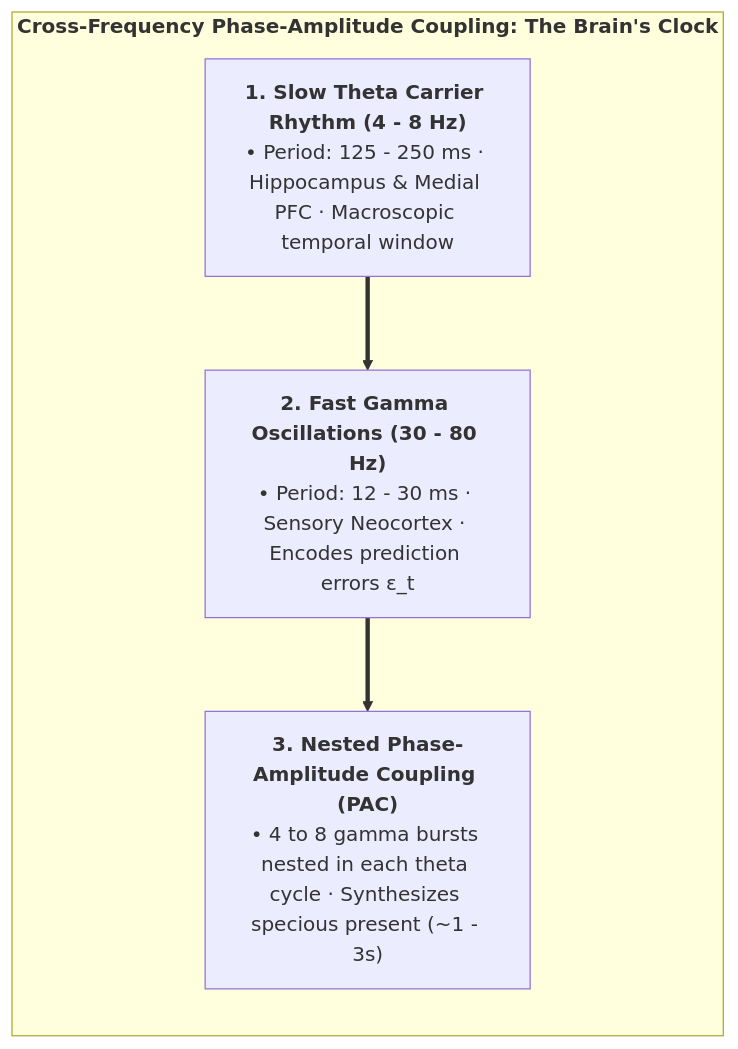
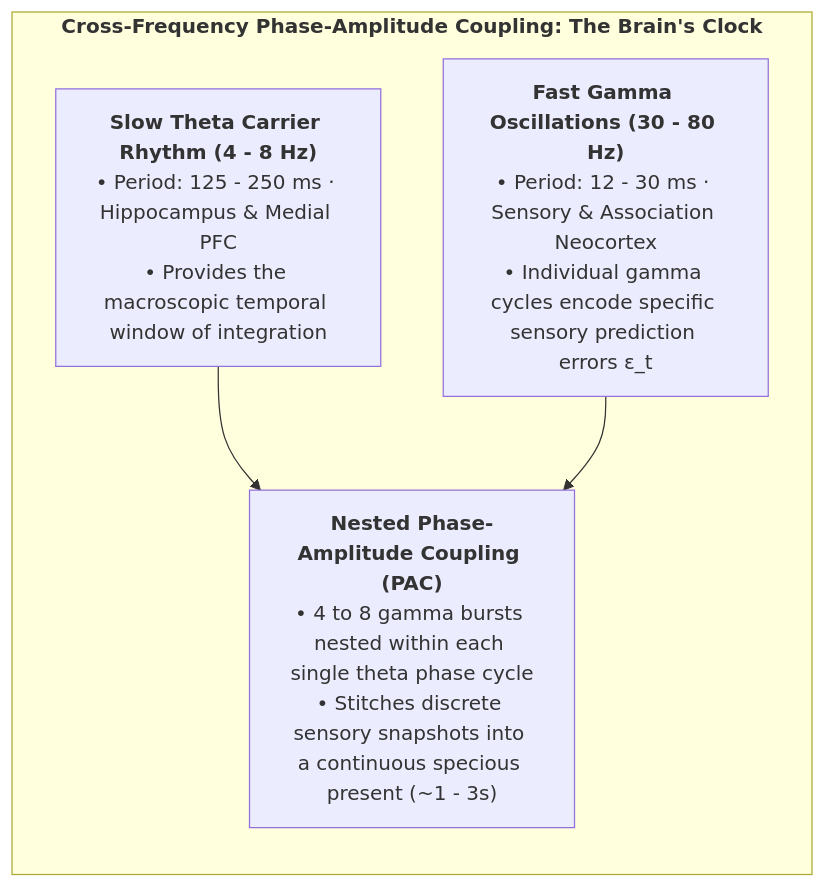
Diagram 34 of 50 in book/build/CIF_Monograph_EN.md (Thriebl/active-inference-phi-network), drawn with Mermaid before and after one commit. The commit also changed other lines of this file and 8 other files, not shown here.

````diff
--- a/book/build/CIF_Monograph_EN.md
+++ b/book/build/CIF_Monograph_EN.md
@@ -1511,14 +1494,15 @@
 ```mermaid
 flowchart TD
     subgraph NEURAL_PAC["<b>Cross-Frequency Phase-Amplitude Coupling: The Brain's Clock</b>"]
         direction TB
         
-        THETA["<b>1. Slow Theta Carrier Rhythm (4 - 8 Hz)</b><br>• Period: 125 - 250 ms · Hippocampus & Medial PFC · Macroscopic temporal window"]
+        THETA["<b>Slow Theta Carrier Rhythm (4 - 8 Hz)</b><br>• Period: 125 - 250 ms · Hippocampus & Medial PFC<br>• Provides the macroscopic temporal window of integration"]
         
-        GAMMA["<b>2. Fast Gamma Oscillations (30 - 80 Hz)</b><br>• Period: 12 - 30 ms · Sensory Neocortex · Encodes prediction errors ε_t"]
+        GAMMA["<b>Fast Gamma Oscillations (30 - 80 Hz)</b><br>• Period: 12 - 30 ms · Sensory & Association Neocortex<br>• Individual gamma cycles encode specific sensory prediction errors ε_t"]
         
-        NESTING["<b>3. Nested Phase-Amplitude Coupling (PAC)</b><br>• 4 to 8 gamma bursts nested in each theta cycle · Synthesizes specious present (~1 - 3s)"]
+        NESTING["<b>Nested Phase-Amplitude Coupling (PAC)</b><br>• 4 to 8 gamma bursts nested within each single theta phase cycle<br>• Stitches discrete sensory snapshots into a continuous specious present (~1 - 3s)"]
         
-        THETA ==> GAMMA ==> NESTING
+        THETA --> NESTING
+        GAMMA --> NESTING
     end
 ```
````
